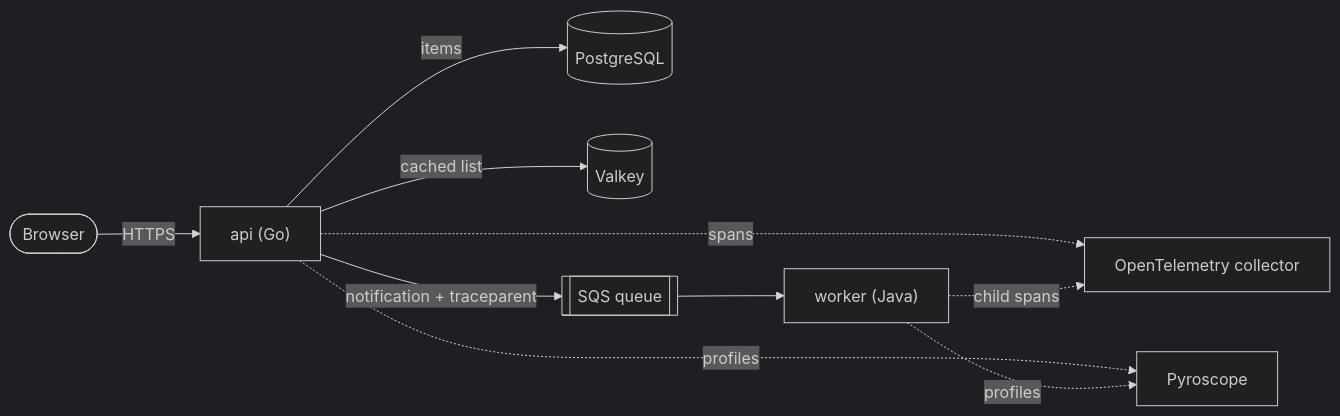
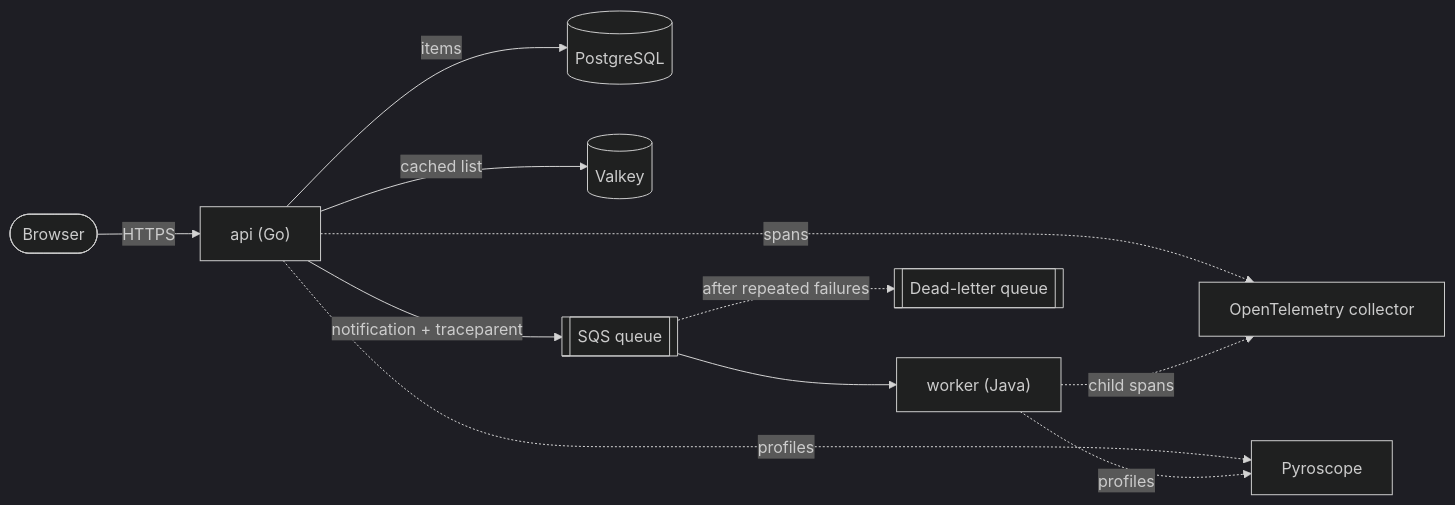
Before and after one commit to SergeAbroyan/nexus-applications: the first of 2 diagrams in README.md, drawn with Mermaid (dark theme). The commit also changed other lines of this file, not shown here.

````diff
--- a/README.md
+++ b/README.md
@@ -64,12 +31,13 @@
 ```mermaid
 flowchart LR
   browser(["Browser"]) -->|HTTPS| api["api (Go)"]
   api -->|items| pg[("PostgreSQL")]
   api -->|cached list| valkey[("Valkey")]
   api -->|notification + traceparent| sqs[["SQS queue"]]
   sqs --> worker["worker (Java)"]
+  sqs -.->|after repeated failures| dlq[["Dead-letter queue"]]
   api -.->|spans| otel["OpenTelemetry collector"]
   worker -.->|child spans| otel
   api -.->|profiles| pyro["Pyroscope"]
   worker -.->|profiles| pyro
 ```
````
